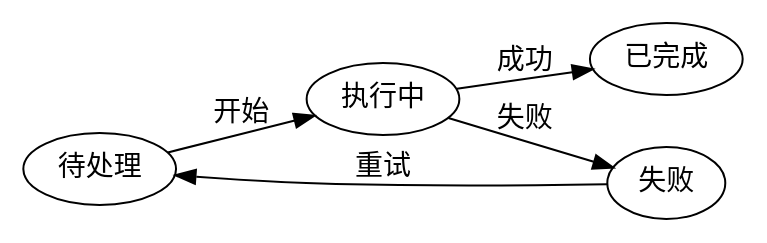
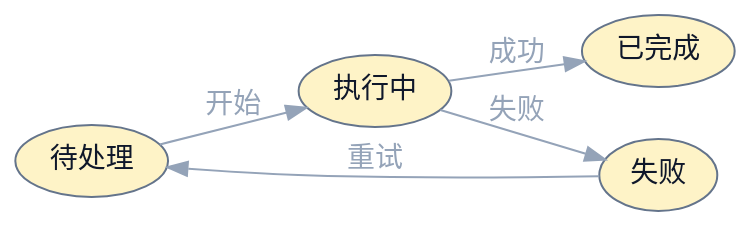
Before and after one commit to terencefan/inority-workspace: the third of 5 diagrams in skills/draw-dot/references/patterns.md, drawn with Graphviz. The commit also changed other lines of this file and 28 other files, not shown here.

````diff
--- a/skills/draw-dot/references/patterns.md
+++ b/skills/draw-dot/references/patterns.md
@@ -64,17 +70,17 @@
 ```dot
 digraph G {
-  graph [fontname="Noto Sans CJK SC", rankdir=LR];
-  node [fontname="Noto Sans CJK SC", shape=ellipse];
-  edge [fontname="Noto Sans CJK SC"];
+  graph [fontname="Noto Sans CJK SC", rankdir=LR, bgcolor="transparent"];
+  node [fontname="Noto Sans CJK SC", shape=ellipse, style="filled", color="#64748b", fontcolor="#0f172a", fillcolor="#fef3c7"];
+  edge [fontname="Noto Sans CJK SC", color="#94a3b8", fontcolor="#94a3b8"];
 
   pending [label="待处理"];
   running [label="执行中"];
   success [label="已完成"];
   failed [label="失败"];
 
   pending -> running [label="开始"];
   running -> success [label="成功"];
   running -> failed [label="失败"];
   failed -> pending [label="重试"];
 }
 ```
````
